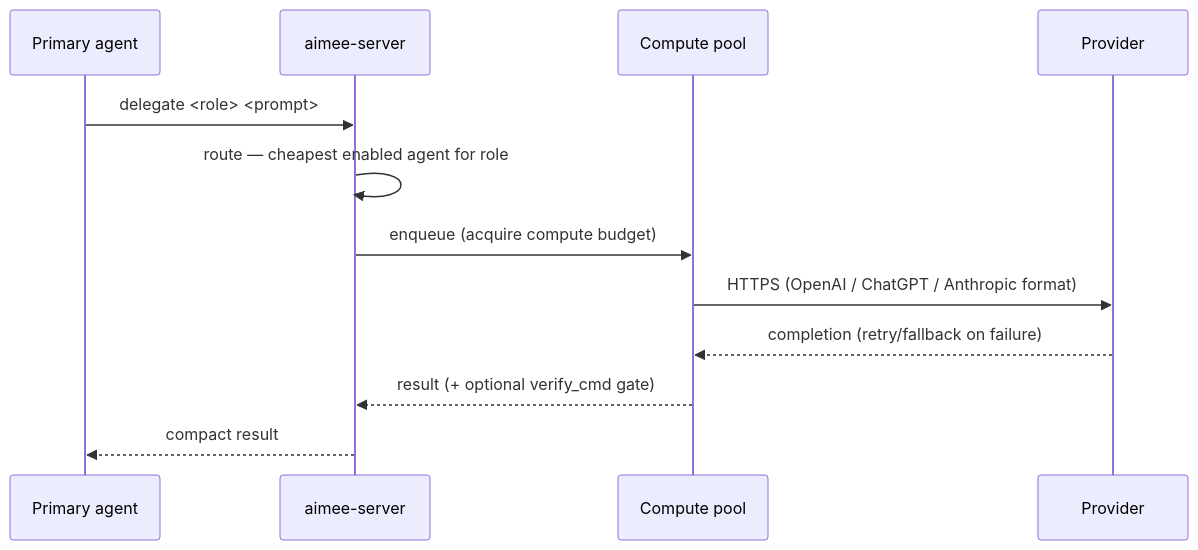
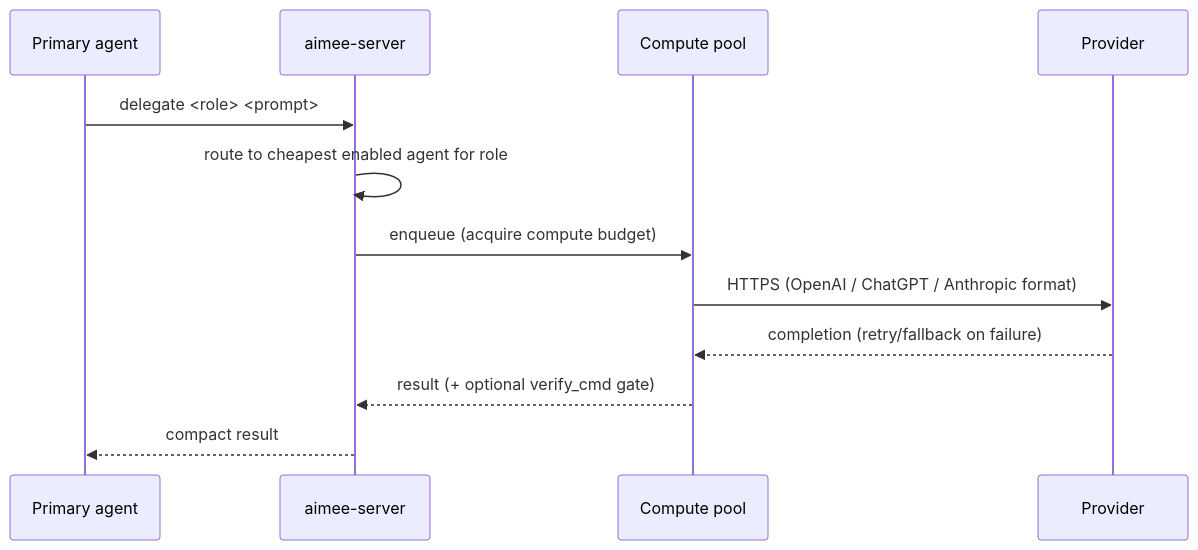
Before and after one commit to AsobaCloud/nehanda-cli: the sixth of 6 diagrams in docs/ARCHITECTURE.md, drawn with Mermaid. The commit also changed other lines of this file and 18 other files, not shown here.

````diff
--- a/docs/ARCHITECTURE.md
+++ b/docs/ARCHITECTURE.md
@@ -382,14 +382,14 @@
 ```mermaid
 sequenceDiagram
     participant PA as Primary agent
     participant SRV as aimee-server
     participant Pool as Compute pool
     participant Prov as Provider
     PA->>SRV: delegate <role> <prompt>
-    SRV->>SRV: route — cheapest enabled agent for role
+    SRV->>SRV: route to cheapest enabled agent for role
     SRV->>Pool: enqueue (acquire compute budget)
     Pool->>Prov: HTTPS (OpenAI / ChatGPT / Anthropic format)
     Prov-->>Pool: completion (retry/fallback on failure)
     Pool-->>SRV: result (+ optional verify_cmd gate)
     SRV-->>PA: compact result
 ```
````
